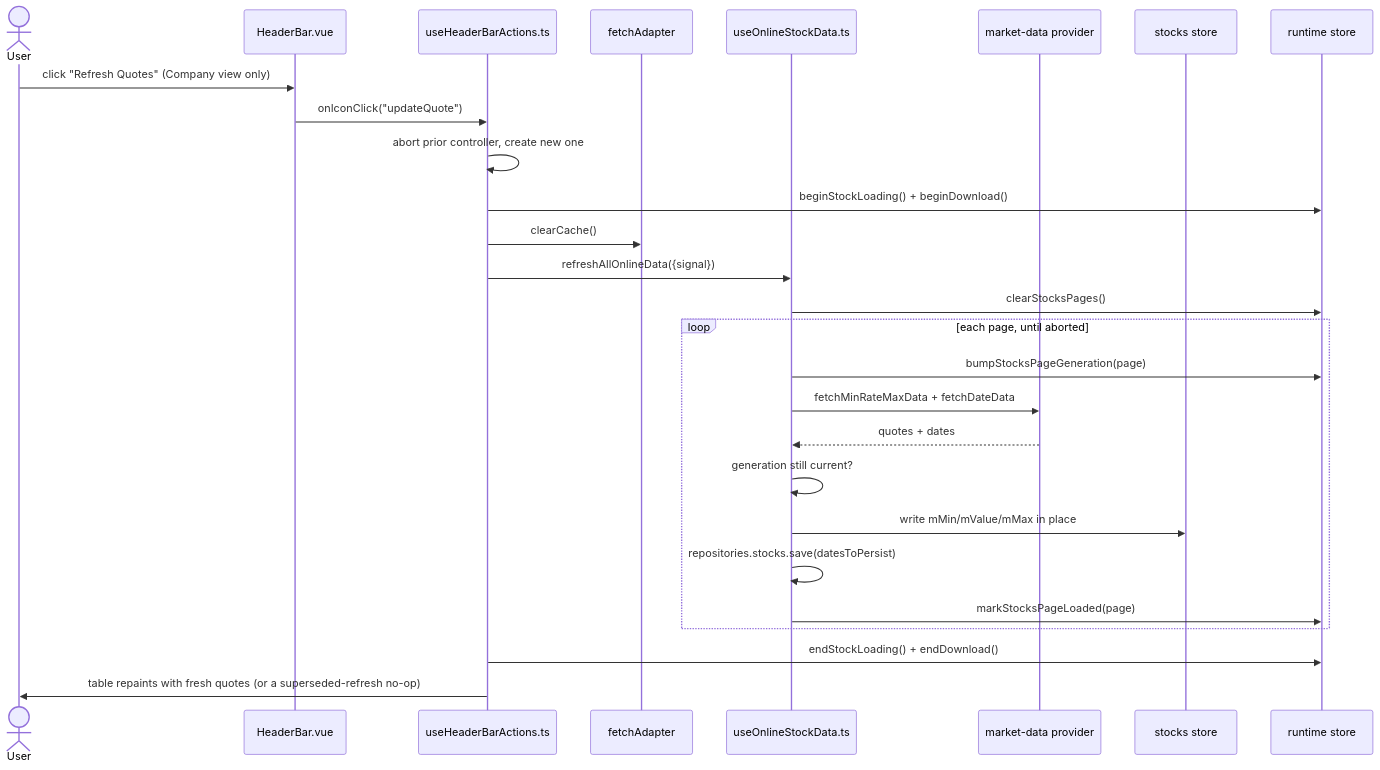
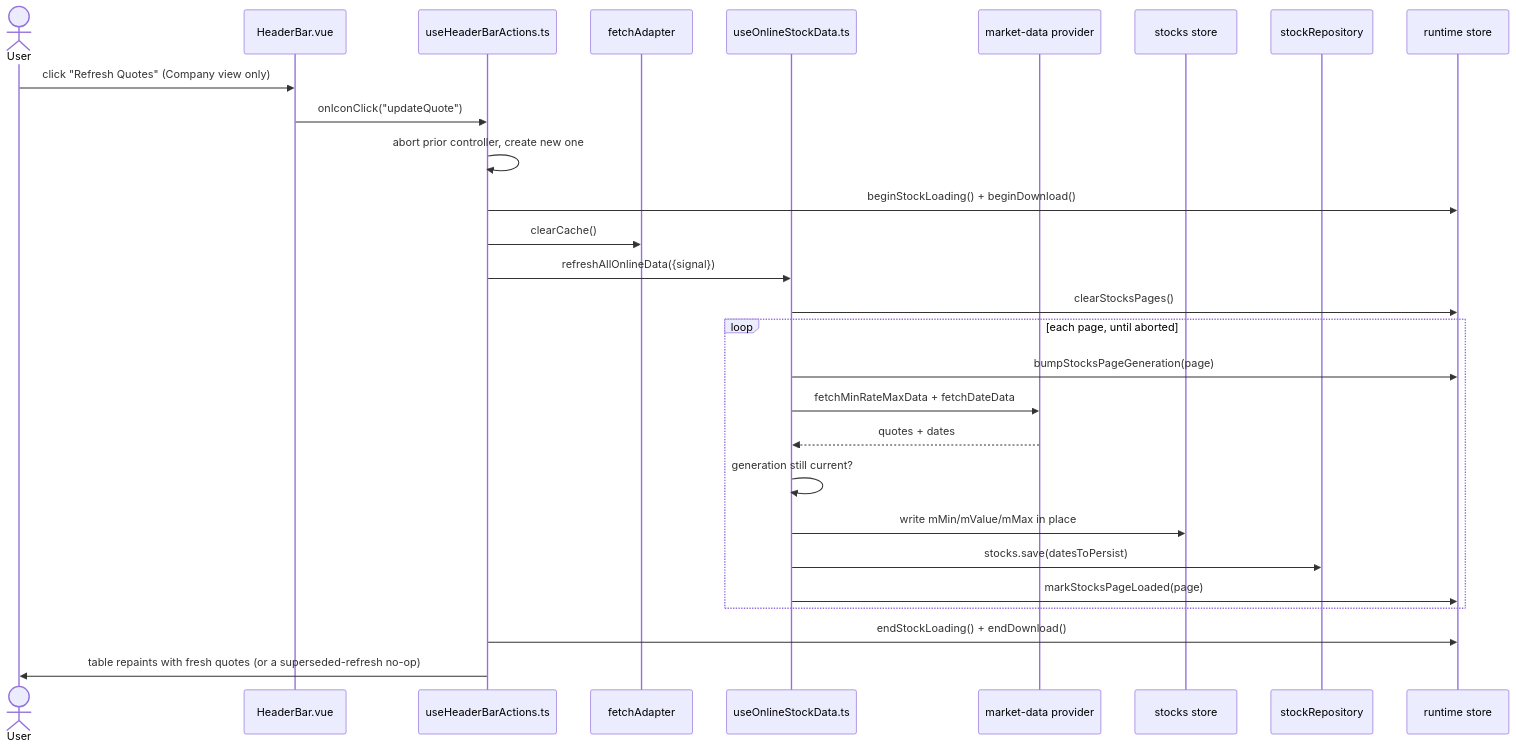
One commit to m-berner/kontenmanager changed the diagram in src/app/usecases/docs/update-quote.md. Above: the diagram before and after it, drawn with Mermaid. The commit also changed 4 other files, not shown here.

First line of the commit message:
docs: add fix-sequence-diagrams skill, fix drifted/broken usecase diagrams

````diff
--- a/src/app/usecases/docs/update-quote.md
+++ b/src/app/usecases/docs/update-quote.md
@@ -147,30 +147,31 @@
 ```mermaid
 sequenceDiagram
     actor U as User
     participant HB as HeaderBar.vue
     participant UA as useHeaderBarActions.ts
     participant FA as fetchAdapter
     participant OD as useOnlineStockData.ts
     participant Prov as market-data provider
     participant St as stocks store
+    participant Repo as stockRepository
     participant RT as runtime store
 
     U->>HB: click "Refresh Quotes" (Company view only)
     HB->>UA: onIconClick("updateQuote")
     UA->>UA: abort prior controller, create new one
     UA->>RT: beginStockLoading() + beginDownload()
     UA->>FA: clearCache()
     UA->>OD: refreshAllOnlineData({signal})
     OD->>RT: clearStocksPages()
     loop each page, until aborted
         OD->>RT: bumpStocksPageGeneration(page)
         OD->>Prov: fetchMinRateMaxData + fetchDateData
         Prov-->>OD: quotes + dates
         OD->>OD: generation still current?
         OD->>St: write mMin/mValue/mMax in place
-        OD->>OD: repositories.stocks.save(datesToPersist)
+        OD->>Repo: stocks.save(datesToPersist)
         OD->>RT: markStocksPageLoaded(page)
     end
     UA->>RT: endStockLoading() + endDownload()
     UA->>U: table repaints with fresh quotes (or a superseded-refresh no-op)
 ```
````
